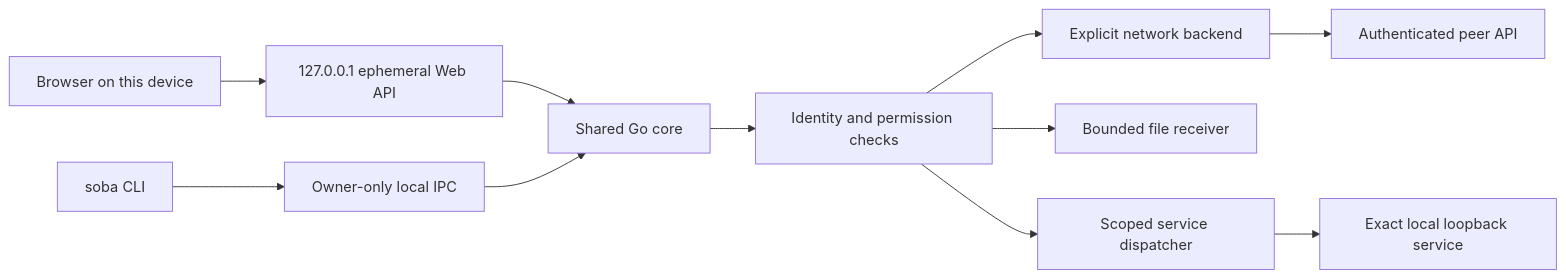
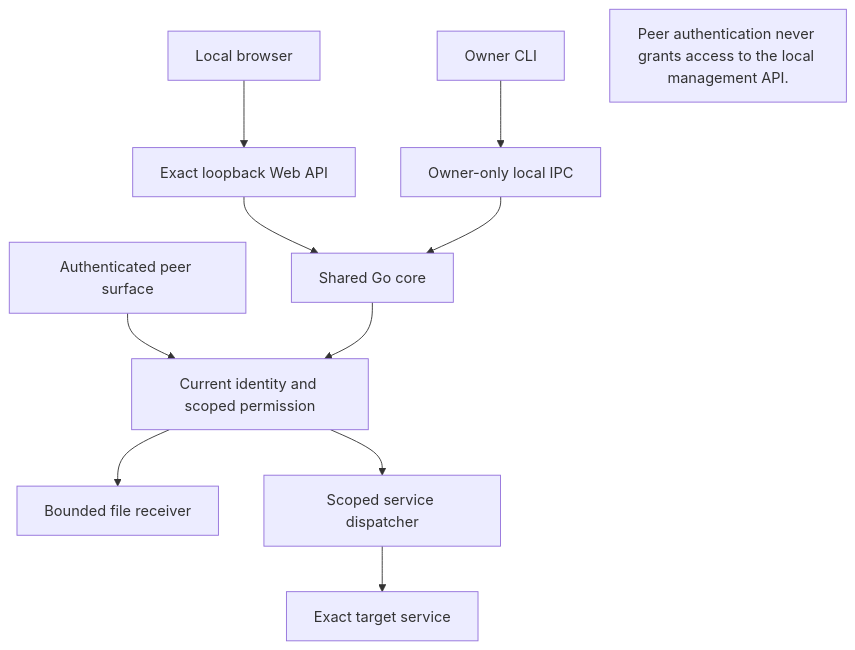
One commit to webkaz-labs/sobalink changed the first of 4 diagrams in docs/ARCHITECTURE.md. Above: the diagram before and after it, drawn with Mermaid. The commit also changed other lines of this file and 238 other files, not shown here.

First line of the commit message:
docs: explain workflows with distinct diagrams and real screen examples (#60)

````diff
--- a/docs/ARCHITECTURE.md
+++ b/docs/ARCHITECTURE.md
@@ -7,13 +7,16 @@
 ```mermaid
-flowchart LR
-    U["Browser on this device"] --> W["127.0.0.1 ephemeral Web API"]
-    C["soba CLI"] --> I["Owner-only local IPC"]
-    W --> K["Shared Go core"]
-    I --> K
-    K --> P["Identity and permission checks"]
-    P --> N["Explicit network backend"]
-    N --> R["Authenticated peer API"]
-    P --> F["Bounded file receiver"]
-    P --> S["Scoped service dispatcher"]
-    S --> L["Exact local loopback service"]
+flowchart TD
+ accTitle: Management and peer surfaces stay separate
+ accDescr: Peer authentication never grants access to the local management API.
+ U["Local browser"] --> W["Exact loopback Web API"]
+ C["Owner CLI"] --> I["Owner-only local IPC"]
+ W --> K["Shared Go core"]
+ I --> K
+ R["Authenticated peer surface"] --> P["Current identity and scoped permission"]
+ K --> P
+ P --> F["Bounded file receiver"]
+ P --> S["Scoped service dispatcher"]
+ S --> L["Exact target service"]
+
+ LIMIT["Peer authentication never grants access to the local management API."]
 ```
````
